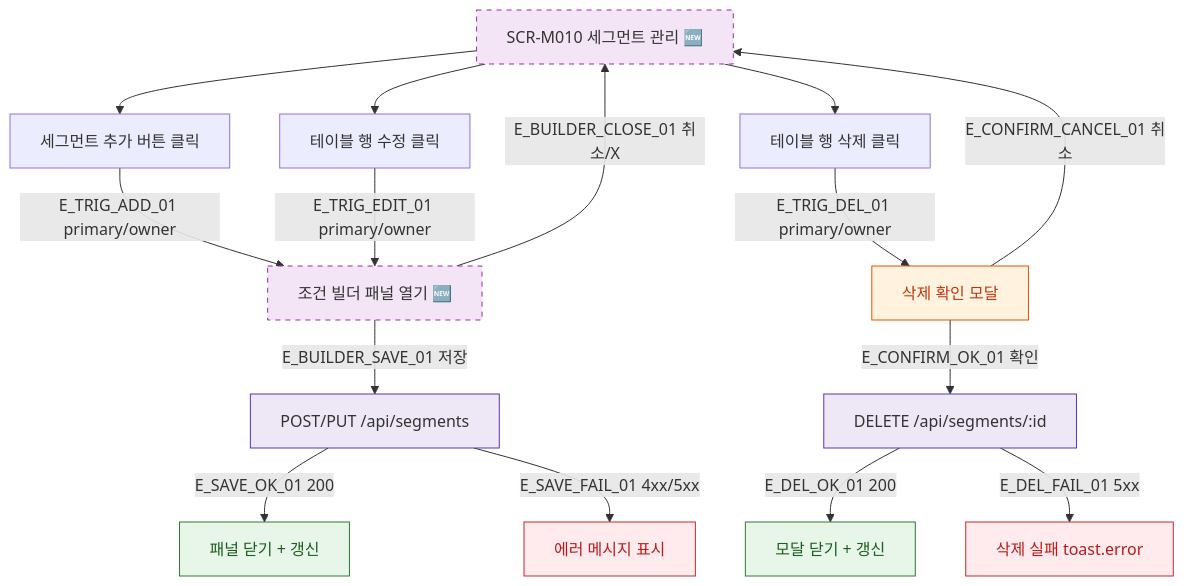
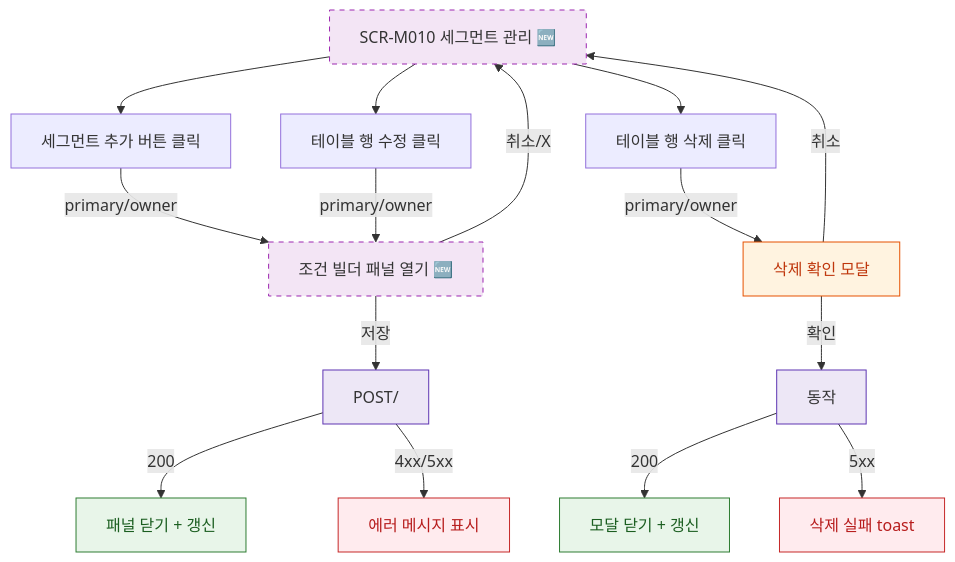
One commit to dev-spogym/admin-pando changed the diagram in docs/다이어그램/D02_회원관리/SCR-M010_세그먼트관리/F5_모달트리거.md. Above: the diagram before and after it, drawn with Mermaid. The commit also changed other lines of this file and 1660 other files, not shown here.

First line of the commit message:
다이어그램: 기획자/클라이언트 납품본으로 정리

````diff
--- a/docs/다이어그램/D02_회원관리/SCR-M010_세그먼트관리/F5_모달트리거.md
+++ b/docs/다이어그램/D02_회원관리/SCR-M010_세그먼트관리/F5_모달트리거.md
@@ -22,34 +20,34 @@
 ```mermaid
 flowchart TD
   SCR_M010[SCR-M010 세그먼트 관리 🆕]
 
   SCR_M010 --> TRIG_ADD[세그먼트 추가 버튼 클릭]
   SCR_M010 --> TRIG_EDIT[테이블 행 수정 클릭]
   SCR_M010 --> TRIG_DEL[테이블 행 삭제 클릭]
 
-  TRIG_ADD  -->|E_TRIG_ADD_01 primary/owner| MODAL_BUILDER[조건 빌더 패널 열기 🆕]
-  TRIG_EDIT -->|E_TRIG_EDIT_01 primary/owner| MODAL_BUILDER
-  TRIG_DEL  -->|E_TRIG_DEL_01 primary/owner| MODAL_CONFIRM[삭제 확인 모달]
+  TRIG_ADD -->|primary/owner|MODAL_BUILDER[조건 빌더 패널 열기 🆕]
+  TRIG_EDIT -->|primary/owner|MODAL_BUILDER
+  TRIG_DEL -->|primary/owner|MODAL_CONFIRM[삭제 확인 모달]
 
-  MODAL_BUILDER -->|E_BUILDER_CLOSE_01 취소/X| SCR_M010
-  MODAL_BUILDER -->|E_BUILDER_SAVE_01 저장| API_SAVE[POST/PUT /api/segments]
-  API_SAVE      -->|E_SAVE_OK_01 200| CLOSE_BUILDER[패널 닫기 + 갱신]
-  API_SAVE      -->|E_SAVE_FAIL_01 4xx/5xx| ERR_BUILDER[에러 메시지 표시]
+  MODAL_BUILDER -->|취소/X|SCR_M010
+  MODAL_BUILDER -->|저장|API_SAVE[POST/]
+  API_SAVE -->|200|CLOSE_BUILDER[패널 닫기 + 갱신]
+  API_SAVE -->|4xx/5xx|ERR_BUILDER[에러 메시지 표시]
 
-  MODAL_CONFIRM -->|E_CONFIRM_OK_01 확인| API_DEL[DELETE /api/segments/:id]
-  MODAL_CONFIRM -->|E_CONFIRM_CANCEL_01 취소| SCR_M010
-  API_DEL       -->|E_DEL_OK_01 200| CLOSE_CONFIRM[모달 닫기 + 갱신]
-  API_DEL       -->|E_DEL_FAIL_01 5xx| ERR_DEL[삭제 실패 toast.error]
+  MODAL_CONFIRM -->|확인|API_DEL[동작]
+  MODAL_CONFIRM -->|취소|SCR_M010
+  API_DEL -->|200|CLOSE_CONFIRM[모달 닫기 + 갱신]
+  API_DEL -->|5xx|ERR_DEL[삭제 실패 toast]
 
   classDef newFeature fill:#F3E5F5,stroke:#9C27B0,stroke-dasharray:5 5
-  classDef modal      fill:#FFF3E0,stroke:#E65100,color:#BF360C
-  classDef success    fill:#E8F5E9,stroke:#2E7D32,color:#1B5E20
-  classDef error      fill:#FFEBEE,stroke:#C62828,color:#B71C1C
-  classDef system     fill:#EDE7F6,stroke:#5E35B2
+  classDef modal fill:#FFF3E0,stroke:#E65100,color:#BF360C
+  classDef success fill:#E8F5E9,stroke:#2E7D32,color:#1B5E20
+  classDef error fill:#FFEBEE,stroke:#C62828,color:#B71C1C
+  classDef system fill:#EDE7F6,stroke:#5E35B2
 
   class SCR_M010,MODAL_BUILDER newFeature
   class MODAL_CONFIRM modal
   class CLOSE_BUILDER,CLOSE_CONFIRM success
   class ERR_BUILDER,ERR_DEL error
   class API_SAVE,API_DEL system
 ```
````
